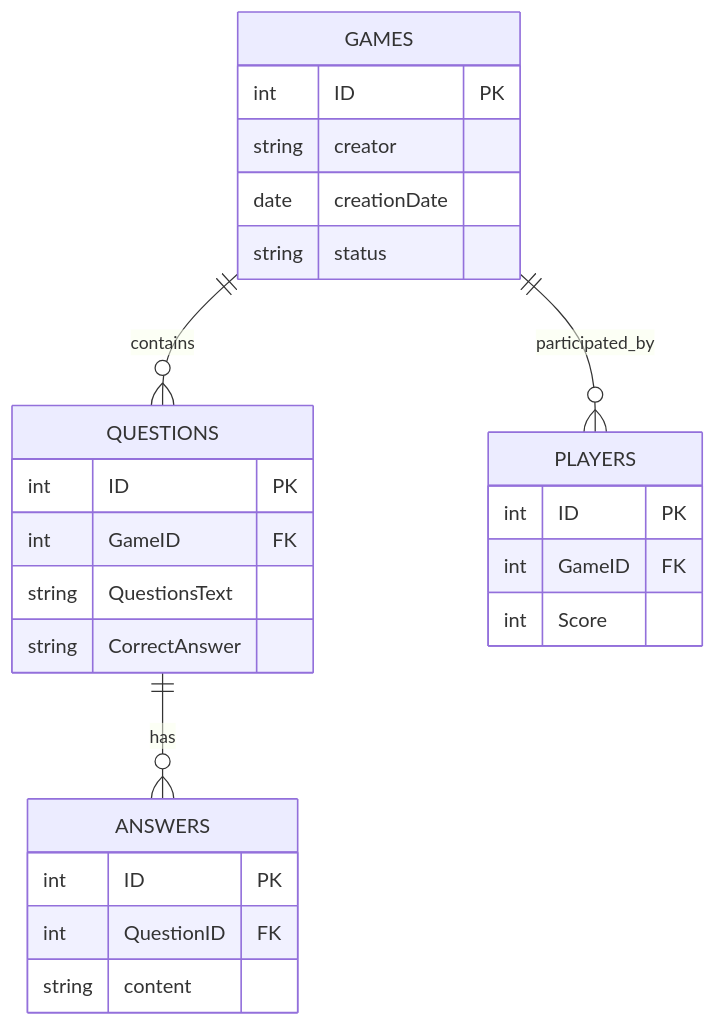
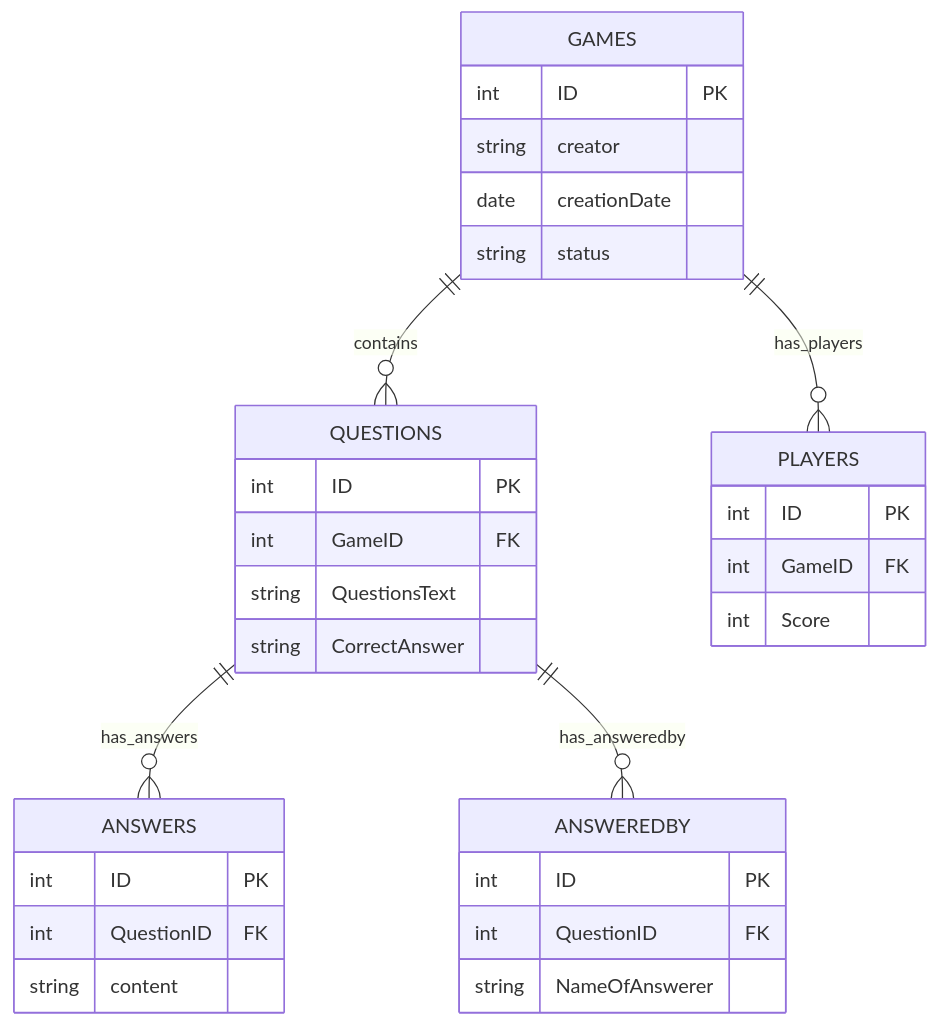
One commit to RezHackXYZ/ClassRoomStuff changed the second of 2 diagrams in README.md. Above: the diagram before and after it, drawn with Mermaid. The commit also changed 35 other files, not shown here.

````diff
--- a/README.md
+++ b/README.md
@@ -17,29 +17,37 @@
 ```mermaid
     erDiagram
-        GAMES {
-            int ID PK
-            string creator
-            date creationDate
-            string status
-        }
-        QUESTIONS {
-            int ID PK
-            int GameID FK
-            string QuestionsText
-            string CorrectAnswer
-        }
-        ANSWERS {
-            int ID PK
-            int QuestionID FK
-            string content
-        }
-        PLAYERS {
-            int ID PK
-            int GameID FK
-            int Score
-        }
+    GAMES {
+        int ID PK
+        string creator
+        date creationDate
+        string status
+    }
+    QUESTIONS {
+        int ID PK
+        int GameID FK
+        string QuestionsText
+        string CorrectAnswer
+    }
+    ANSWERS {
+        int ID PK
+        int QuestionID FK
+        string content
+    }
+    ANSWEREDBY {
+        int ID PK
+        int QuestionID FK
+        string NameOfAnswerer
+    }
+    PLAYERS {
+        int ID PK
+        int GameID FK
+        int Score
+    }
 
-        GAMES ||--o{ QUESTIONS : contains
-        QUESTIONS ||--o{ ANSWERS : has
-        GAMES ||--o{ PLAYERS : participated_by
+    GAMES ||--o{ QUESTIONS : contains
+    QUESTIONS ||--o{ ANSWERS : has_answers
+    QUESTIONS ||--o{ ANSWEREDBY : has_answeredby
+    GAMES ||--o{ PLAYERS : has_players
+
+
 ```
````
